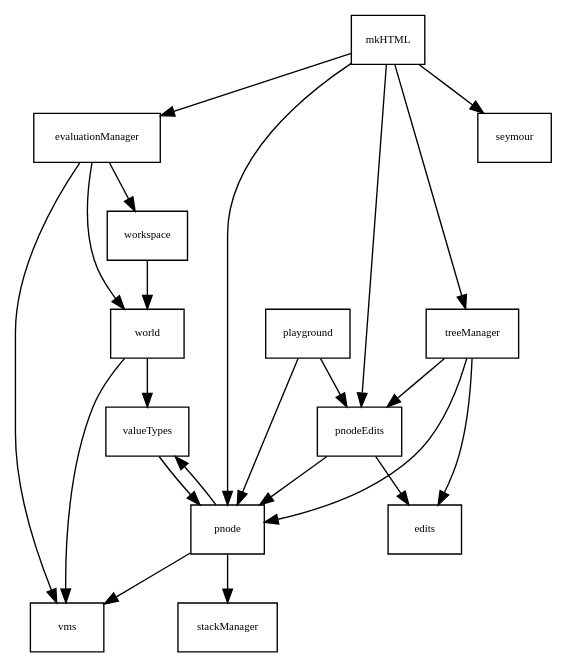
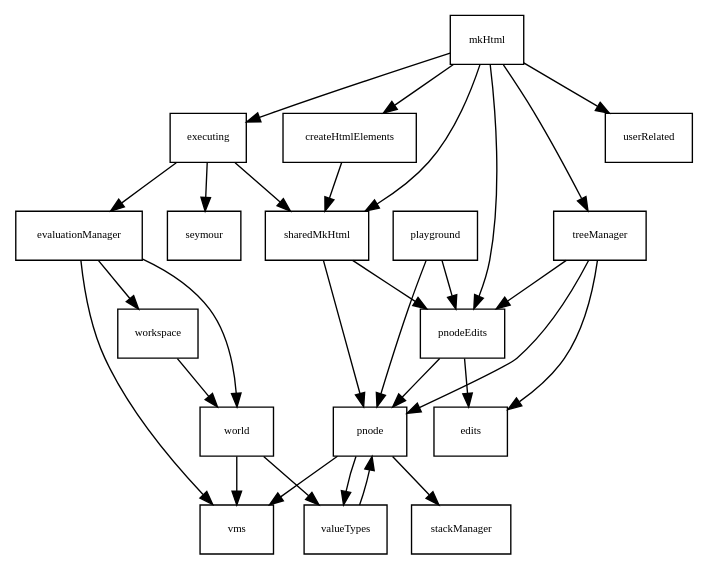
One commit to theodore-norvell/PLAAY changed the diagram in typescriptSrc/dependence-js.gv. Above: the diagram before and after it, drawn with Graphviz. The commit also changed 4 other files, not shown here.

```diff
--- a/typescriptSrc/dependence-js.gv
+++ b/typescriptSrc/dependence-js.gv
@@ -1,60 +1,68 @@
 digraph Depends {
 
    gsize="8,6"; ratio=fill;
    node[fontsize=8, shape=rectangle];
+
+   createHtmlElements -> sharedMkHtml ;
 
    //edits -> assert ;
    //edits -> collections ;
 
    evaluationManager -> vms ;
    evaluationManager -> workspace ;
    evaluationManager -> world ;
 
-   //mkHTML -> assert ;
-   //mkHTML -> collections ;
-   mkHTML -> pnode ;
-   mkHTML -> pnodeEdits ;
-   mkHTML -> treeManager ;
-   mkHTML -> evaluationManager ;
-   mkHTML -> seymour ;
+   executing -> sharedMkHtml ;
+   executing -> evaluationManager ;
+   executing -> seymour ;
 
-   //pageManipulation -> assert ;
-   //pageManipulation -> collections ;
+   //mkHtml -> assert ;
+   //mkHtml -> collections ;
+
+   mkHtml -> createHtmlElements ;
+   mkHtml -> executing ;
+   mkHtml -> pnodeEdits ;
+   mkHtml -> sharedMkHtml ;
+   mkHtml -> treeManager ;
+   mkHtml -> userRelated ;
 
    //playground -> collections ;
    playground -> pnode ;
    playground -> pnodeEdits ;
 
    //pnode -> assert ;
    //pnode -> collections ;
    pnode -> stackManager ;
    pnode -> valueTypes ;
    pnode -> vms ;
 
    //pnodeEdits -> assert ;
    //pnodeEdits -> collections ;
    pnodeEdits -> edits ;
    pnodeEdits -> pnode ;
+
+   sharedMkHtml -> pnode ;
+   sharedMkHtml -> pnodeEdits ;
 
    //treeManager -> asssert ;
    //treeManager -> collections ;
    treeManager -> edits ;
    treeManager -> pnode ;
    treeManager -> pnodeEdits ;
 
    //turtleTest -> seymour ;
 
    //valueTypes -> assert ;
    //valueTypes -> collections ;
    valueTypes -> pnode ;
 
    //vms -> assert ;
    //vms -> collections ;
 
    workspace -> world ;
 
    //world -> assert ;
    //world -> collections ;
    world -> valueTypes ;
    world -> vms ;
 }
```
